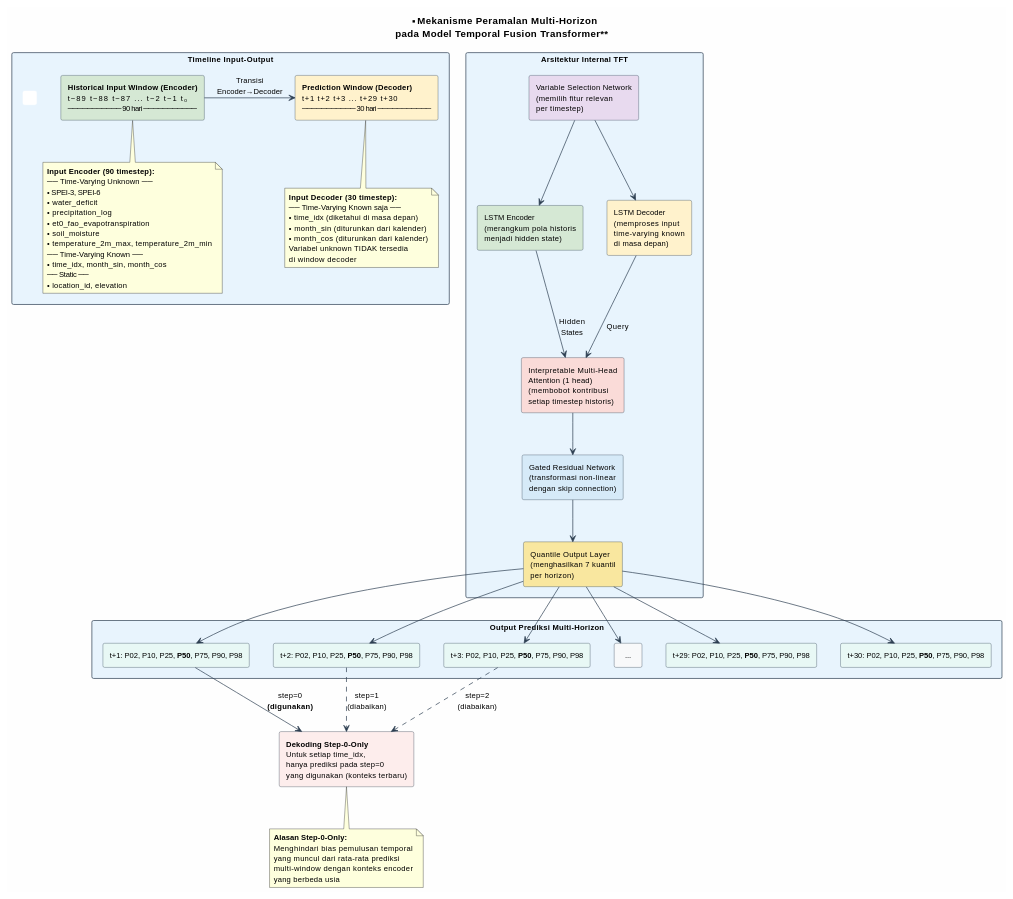
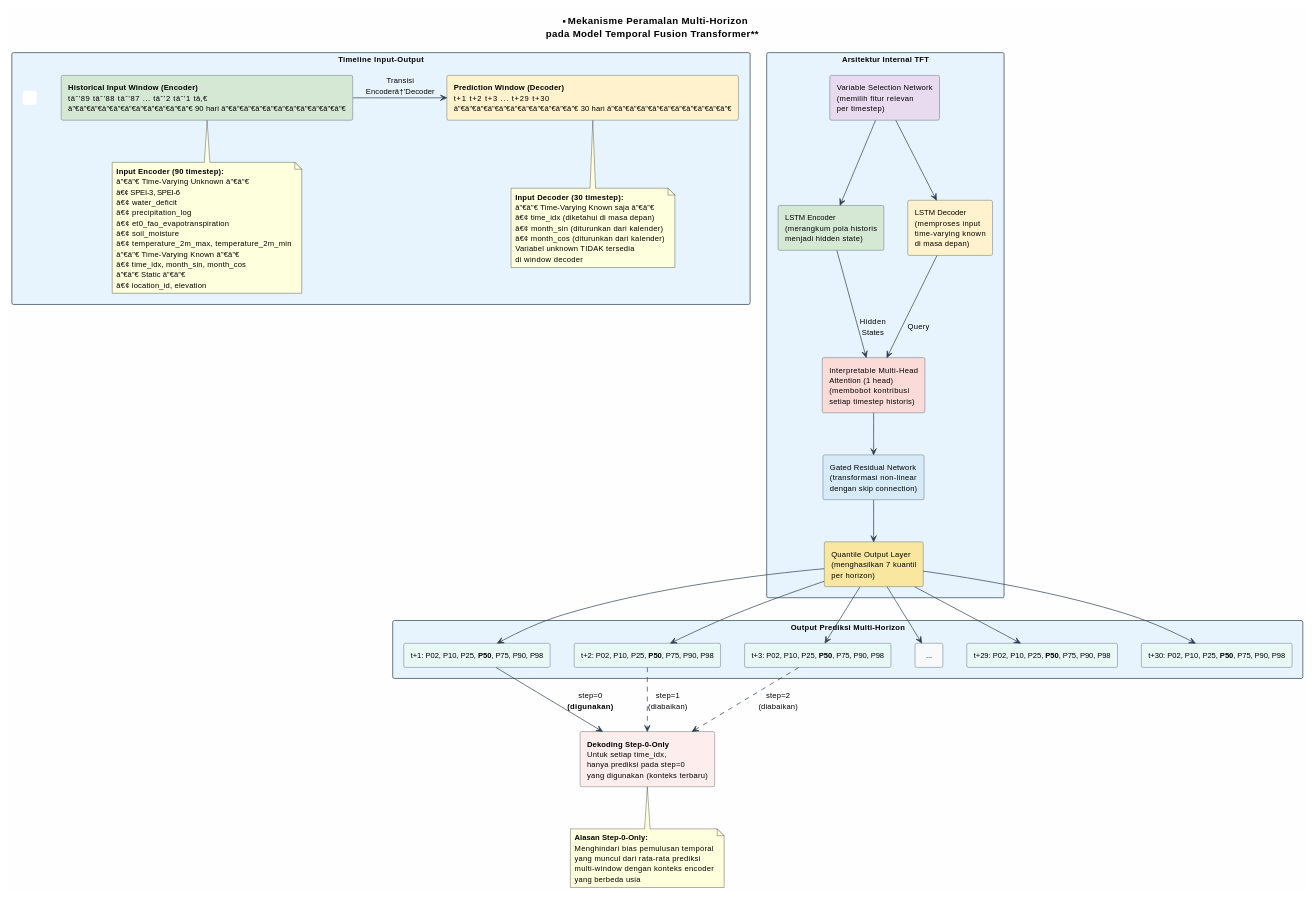
One commit to Vanszs/Skripsi_Nopal_SPEI changed the third of 5 diagrams in docs/diagram_dan_tabel_penelitian.md. Above: the diagram before and after it, drawn with PlantUML. The commit also changed other lines of this file and 28 other files, not shown here.

```diff
--- a/docs/diagram_dan_tabel_penelitian.md
+++ b/docs/diagram_dan_tabel_penelitian.md
@@ -273,40 +273,40 @@
   rectangle "                        " as spacer #white;line:white
 
   ' Encoder window
-  rectangle "**Historical Input Window (Encoder)**\nt−89  t−88  t−87  ...  t−2   t−1   t₀\n─────────── 90 hari ───────────" as encoder #D5E8D4 {
+  rectangle "**Historical Input Window (Encoder)**\ntâˆ’89  tâˆ’88  tâˆ’87  ...  tâˆ’2   tâˆ’1   tâ‚€\nâ”€â”€â”€â”€â”€â”€â”€â”€â”€â”€â”€ 90 hari â”€â”€â”€â”€â”€â”€â”€â”€â”€â”€â”€" as encoder #D5E8D4 {
   }
 
   note bottom of encoder
     **Input Encoder (90 timestep):**
-    ── Time-Varying Unknown ──
-    • SPEI-3, SPEI-6
-    • water_deficit
-    • precipitation_log
-    • et0_fao_evapotranspiration
-    • soil_moisture
-    • temperature_2m_max, temperature_2m_min
-    ── Time-Varying Known ──
-    • time_idx, month_sin, month_cos
-    ── Static ──
-    • location_id, elevation
+    â”€â”€ Time-Varying Unknown â”€â”€
+    â€¢ SPEI-3, SPEI-6
+    â€¢ water_deficit
+    â€¢ precipitation_log
+    â€¢ et0_fao_evapotranspiration
+    â€¢ soil_moisture
+    â€¢ temperature_2m_max, temperature_2m_min
+    â”€â”€ Time-Varying Known â”€â”€
+    â€¢ time_idx, month_sin, month_cos
+    â”€â”€ Static â”€â”€
+    â€¢ location_id, elevation
   end note
 
   ' Decoder window
-  rectangle "**Prediction Window (Decoder)**\nt+1   t+2   t+3  ...  t+29  t+30\n─────────── 30 hari ───────────" as decoder #FFF2CC {
+  rectangle "**Prediction Window (Decoder)**\nt+1   t+2   t+3  ...  t+29  t+30\nâ”€â”€â”€â”€â”€â”€â”€â”€â”€â”€â”€ 30 hari â”€â”€â”€â”€â”€â”€â”€â”€â”€â”€â”€" as decoder #FFF2CC {
   }
 
   note bottom of decoder
     **Input Decoder (30 timestep):**
-    ── Time-Varying Known saja ──
-    • time_idx (diketahui di masa depan)
-    • month_sin (diturunkan dari kalender)
-    • month_cos (diturunkan dari kalender)
+    â”€â”€ Time-Varying Known saja â”€â”€
+    â€¢ time_idx (diketahui di masa depan)
+    â€¢ month_sin (diturunkan dari kalender)
+    â€¢ month_cos (diturunkan dari kalender)
     Variabel unknown TIDAK tersedia
     di window decoder
   end note
 }
 
-encoder -right-> decoder : Transisi\nEncoder→Decoder
+encoder -right-> decoder : Transisi\nEncoderâ†’Decoder
 
 ' === Arsitektur Internal ===
 rectangle "**Arsitektur Internal TFT**" as arch {
```
